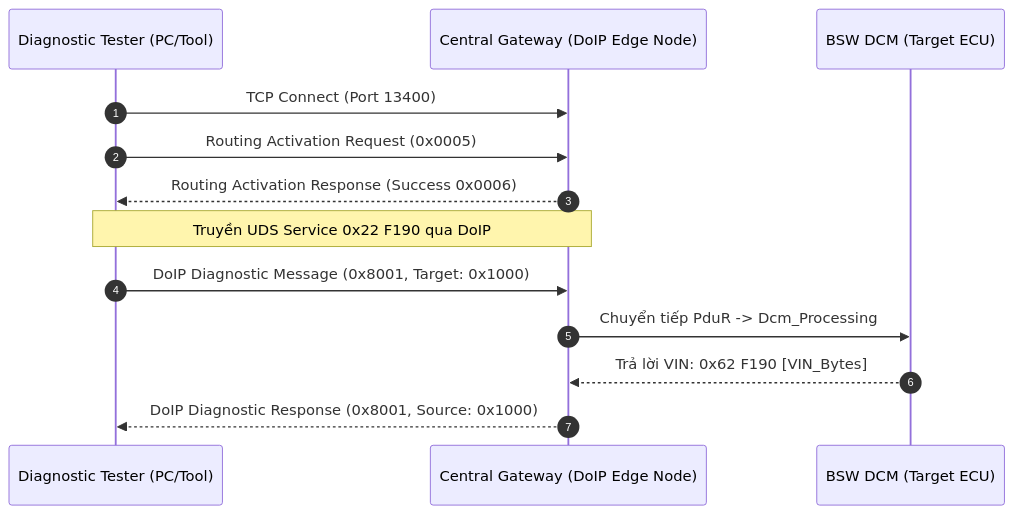
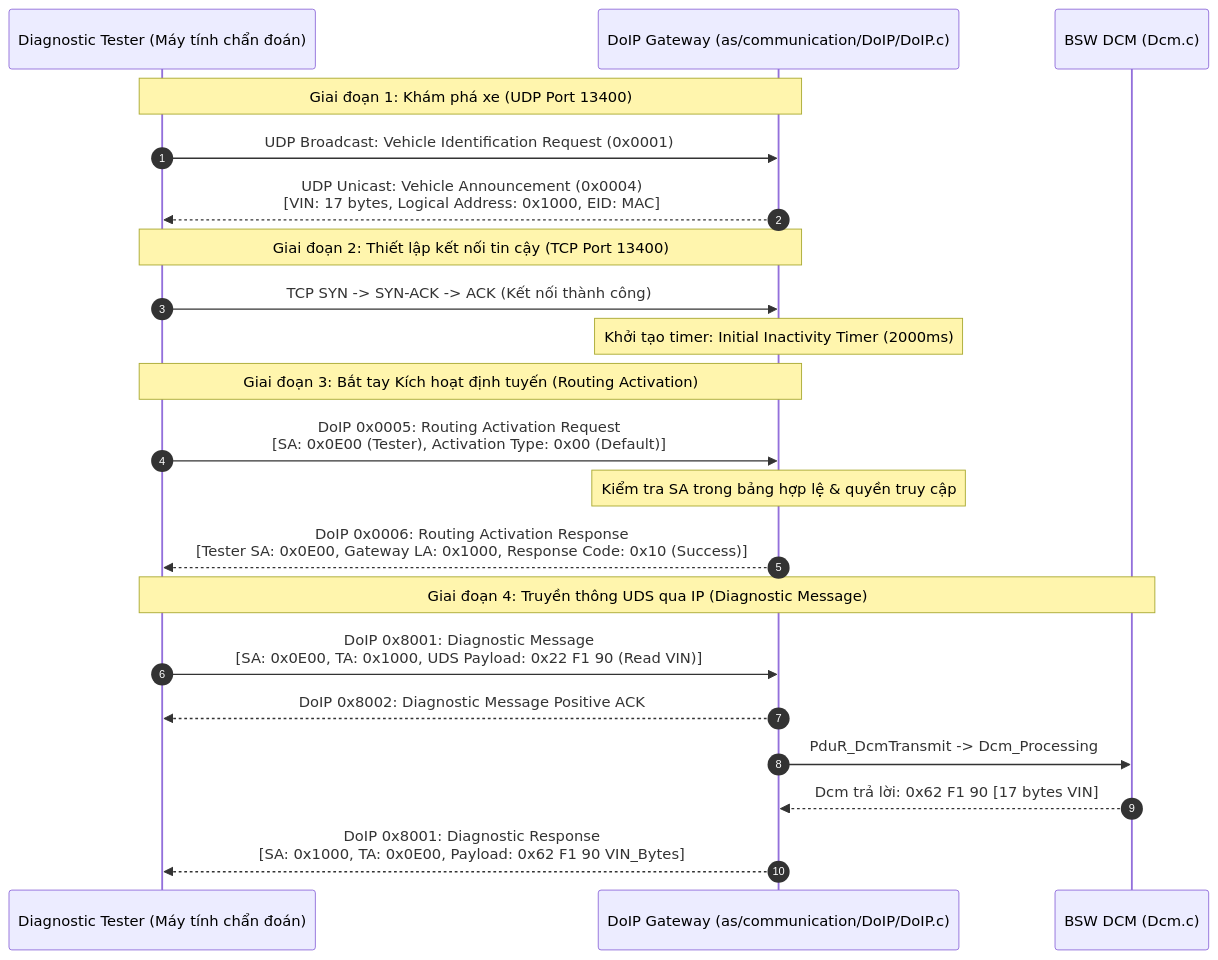
One commit to liemvu12/Study_AUTOSAR changed the second of 3 diagrams in docs/theory/12_Automotive_Ethernet_SOMEIP_DoIP_Deep_Dive.md. Above: the diagram before and after it, drawn with Mermaid. The commit also changed other lines of this file and 62 other files, not shown here.

````diff
--- a/docs/theory/12_Automotive_Ethernet_SOMEIP_DoIP_Deep_Dive.md
+++ b/docs/theory/12_Automotive_Ethernet_SOMEIP_DoIP_Deep_Dive.md
@@ -116,17 +145,27 @@
 ```mermaid
 sequenceDiagram
     autonumber
-    participant Tester as Diagnostic Tester (PC/Tool)
-    participant Gateway as Central Gateway (DoIP Edge Node)
-    participant BSW_DCM as BSW DCM (Target ECU)
+    participant Tester as Diagnostic Tester (Máy tính chẩn đoán)
+    participant DoIP as DoIP Gateway (as/communication/DoIP/DoIP.c)
+    participant DCM as BSW DCM (Dcm.c)
 
-    Tester->>Gateway: TCP Connect (Port 13400)
-    Tester->>Gateway: Routing Activation Request (0x0005)
-    Gateway-->>Tester: Routing Activation Response (Success 0x0006)
-    
-    Note over Tester,Gateway: Truyền UDS Service 0x22 F190 qua DoIP
-    Tester->>Gateway: DoIP Diagnostic Message (0x8001, Target: 0x1000)
-    Gateway->>BSW_DCM: Chuyển tiếp PduR -> Dcm_Processing
-    BSW_DCM-->>Gateway: Trả lời VIN: 0x62 F190 [VIN_Bytes]
-    Gateway-->>Tester: DoIP Diagnostic Response (0x8001, Source: 0x1000)
+    Note over Tester,DoIP: Giai đoạn 1: Khám phá xe (UDP Port 13400)
+    Tester->>DoIP: UDP Broadcast: Vehicle Identification Request (0x0001)
+    DoIP-->>Tester: UDP Unicast: Vehicle Announcement (0x0004)<br>[VIN: 17 bytes, Logical Address: 0x1000, EID: MAC]
+
+    Note over Tester,DoIP: Giai đoạn 2: Thiết lập kết nối tin cậy (TCP Port 13400)
+    Tester->>DoIP: TCP SYN -> SYN-ACK -> ACK (Kết nối thành công)
+    Note over DoIP: Khởi tạo timer: Initial Inactivity Timer (2000ms)
+
+    Note over Tester,DoIP: Giai đoạn 3: Bắt tay Kích hoạt định tuyến (Routing Activation)
+    Tester->>DoIP: DoIP 0x0005: Routing Activation Request<br>[SA: 0x0E00 (Tester), Activation Type: 0x00 (Default)]
+    Note over DoIP: Kiểm tra SA trong bảng hợp lệ & quyền truy cập
+    DoIP-->>Tester: DoIP 0x0006: Routing Activation Response<br>[Tester SA: 0x0E00, Gateway LA: 0x1000, Response Code: 0x10 (Success)]
+
+    Note over Tester,DCM: Giai đoạn 4: Truyền thông UDS qua IP (Diagnostic Message)
+    Tester->>DoIP: DoIP 0x8001: Diagnostic Message<br>[SA: 0x0E00, TA: 0x1000, UDS Payload: 0x22 F1 90 (Read VIN)]
+    DoIP-->>Tester: DoIP 0x8002: Diagnostic Message Positive ACK
+    DoIP->>DCM: PduR_DcmTransmit -> Dcm_Processing
+    DCM-->>DoIP: Dcm trả lời: 0x62 F1 90 [17 bytes VIN]
+    DoIP-->>Tester: DoIP 0x8001: Diagnostic Response<br>[SA: 0x1000, TA: 0x0E00, Payload: 0x62 F1 90 VIN_Bytes]
 ```
````
